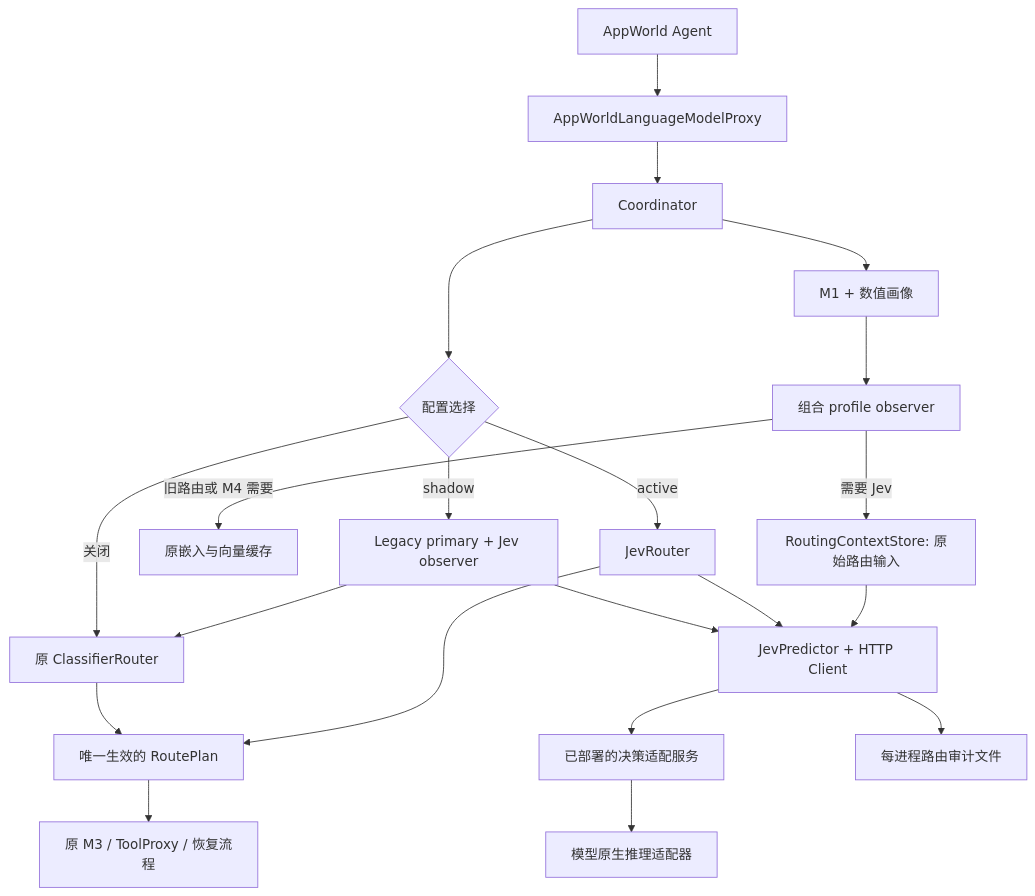
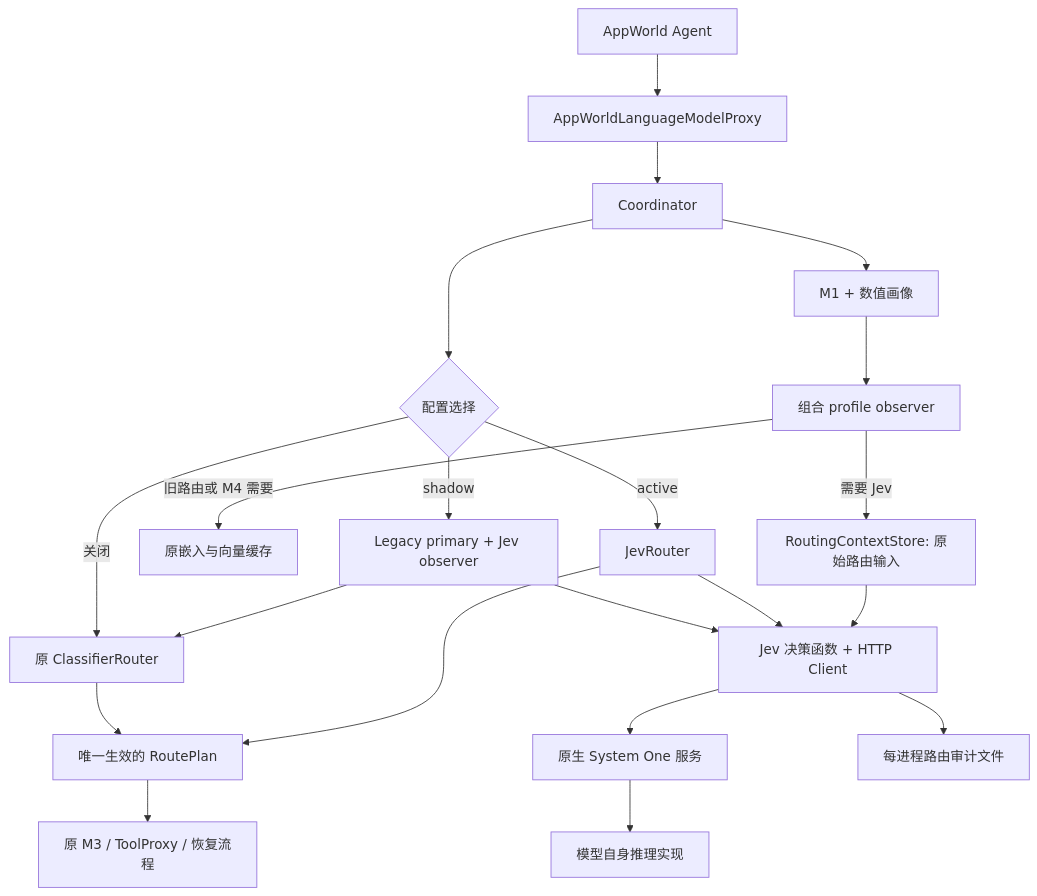
The diagram in docs/superpowers/specs/2026-10-20-jev-router-design.md (jlu005807/span-offload-jev), drawn with Mermaid before and after one commit. The commit also changed other lines of this file and 29 other files, not shown here.

````diff
--- a/docs/superpowers/specs/2026-10-20-jev-router-design.md
+++ b/docs/superpowers/specs/2026-10-20-jev-router-design.md
@@ -59,23 +62,23 @@
 ```mermaid
 flowchart TD
     Agent[AppWorld Agent] --> Proxy[AppWorldLanguageModelProxy]
     Proxy --> C[Coordinator]
     C --> P[M1 + 数值画像]
     P --> O[组合 profile observer]
     O -->|需要 Jev| CT[RoutingContextStore: 原始路由输入]
     O -->|旧路由或 M4 需要| EM[原嵌入与向量缓存]
     C --> R{配置选择}
     R -->|关闭| OLD[原 ClassifierRouter]
     R -->|shadow| SH[Legacy primary + Jev observer]
     R -->|active| JR[JevRouter]
     SH --> OLD
-    SH --> JC[JevPredictor + HTTP Client]
+    SH --> JC[Jev 决策函数 + HTTP Client]
     JR --> JC
     CT --> JC
-    JC --> SV[已部署的决策适配服务]
-    SV --> JM[模型原生推理适配器]
+    JC --> SV[原生 System One 服务]
+    SV --> JM[模型自身推理实现]
     OLD --> PLAN[唯一生效的 RoutePlan]
     JR --> PLAN
     PLAN --> M3[原 M3 / ToolProxy / 恢复流程]
     JC --> AU[每进程路由审计文件]
 ```
````
